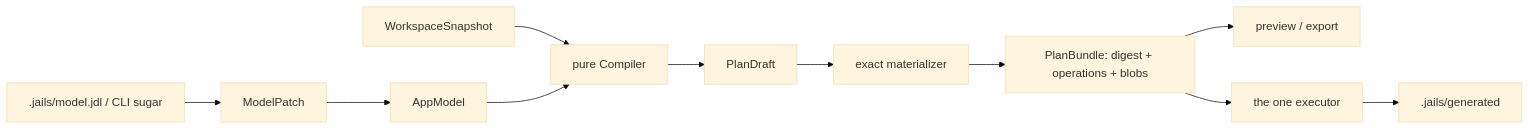
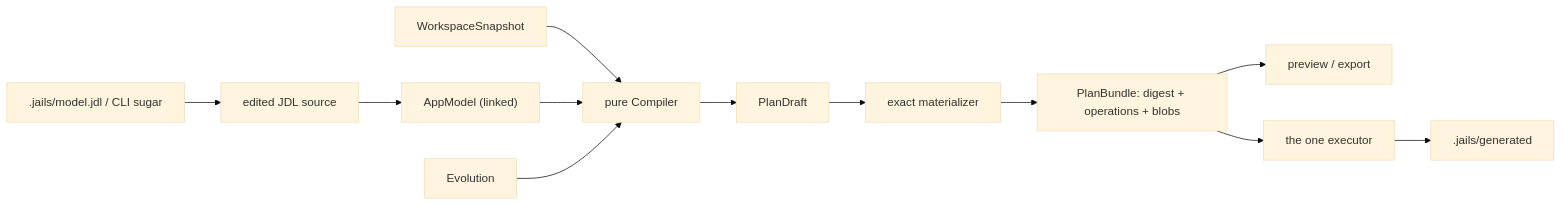
The diagram in ARCHITECTURE.md (laithshadeed/jails), drawn with Mermaid (base theme) before and after one commit. The commit also changed other lines of this file and 50 other files, not shown here.

````diff
--- a/ARCHITECTURE.md
+++ b/ARCHITECTURE.md
@@ -14,13 +14,14 @@
 ```mermaid
 flowchart LR
-    FRONT[".jails/model.jdl / CLI sugar"] --> PATCH["ModelPatch"]
-    PATCH --> MODEL["AppModel"]
+    FRONT[".jails/model.jdl / CLI sugar"] --> EDIT["edited JDL source"]
+    EDIT --> MODEL["AppModel (linked)"]
     SNAP["WorkspaceSnapshot"] --> COMPILER["pure Compiler"]
     MODEL --> COMPILER
+    EVOLUTION["Evolution"] --> COMPILER
     COMPILER --> DRAFT["PlanDraft"]
     DRAFT --> MATERIALIZE["exact materializer"]
     MATERIALIZE --> PLAN["PlanBundle: digest + operations + blobs"]
     PLAN --> PREVIEW["preview / export"]
     PLAN --> EXECUTOR["the one executor"]
     EXECUTOR --> TREE[".jails/generated"]
 ```
````
